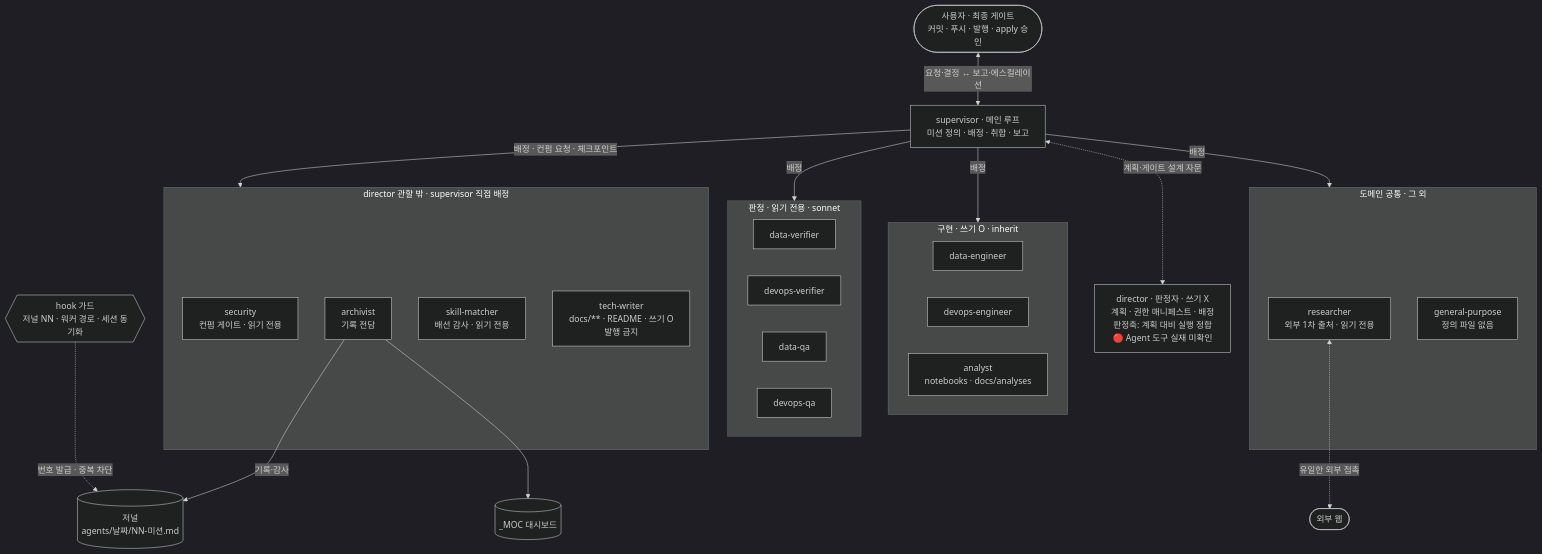
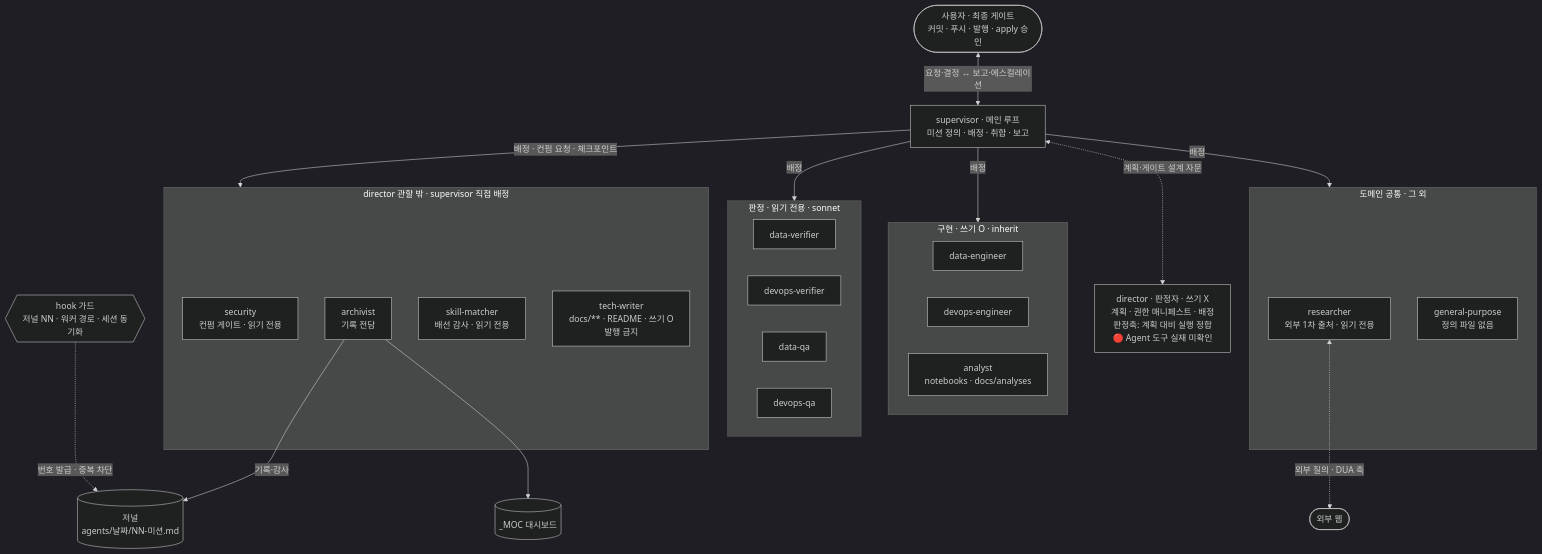
The diagram in docs/conventions/agents.md (Melting-Face/dagster-study), drawn with Mermaid (dark theme) before and after one commit. The commit also changed other lines of this file and 13 other files, not shown here.

````diff
--- a/docs/conventions/agents.md
+++ b/docs/conventions/agents.md
@@ -14,47 +14,47 @@
 ```mermaid
 flowchart TB
     U(["사용자 · 최종 게이트<br/>커밋 · 푸시 · 발행 · apply 승인"])
     SUP["supervisor · 메인 루프<br/>미션 정의 · 배정 · 취합 · 보고"]
     DIR["director · 판정자 · 쓰기 X<br/>계획 · 권한 매니페스트 · 배정<br/>판정축: 계획 대비 실행 정합<br/>🔴 Agent 도구 실재 미확인"]
 
     subgraph impl["구현 · 쓰기 O · inherit"]
         DE["data-engineer"]
         OE["devops-engineer"]
         AN["analyst<br/>notebooks · docs/analyses"]
     end
 
     subgraph judge["판정 · 읽기 전용 · sonnet"]
         DV["data-verifier"]
         OV["devops-verifier"]
         DQ["data-qa"]
         OQ["devops-qa"]
     end
 
     subgraph outside["director 관할 밖 · supervisor 직접 배정"]
         SEC["security<br/>컨펌 게이트 · 읽기 전용"]
         ARC["archivist<br/>기록 전담"]
         SKM["skill-matcher<br/>배선 감사 · 읽기 전용"]
         TW["tech-writer<br/>docs/** · README · 쓰기 O<br/>발행 금지"]
     end
 
     subgraph common["도메인 공통 · 그 외"]
         RES["researcher<br/>외부 1차 출처 · 읽기 전용"]
         GP["general-purpose<br/>정의 파일 없음"]
     end
 
     WEB(["외부 웹"])
     JR[("저널<br/>agents/날짜/NN-미션.md")]
     MOC[("_MOC 대시보드")]
     HOOK{{"hook 가드<br/>저널 NN · 워커 경로 · 세션 동기화"}}
 
     U <-->|"요청·결정 ↔ 보고·에스컬레이션"| SUP
     SUP -->|배정| impl
     SUP -->|배정| judge
     SUP -->|"배정 · 컨펌 요청 · 체크포인트"| outside
     SUP -->|배정| common
     SUP <-.->|"계획·게이트 설계 자문"| DIR
-    RES <-.->|"유일한 외부 접촉"| WEB
+    RES <-.->|"외부 질의 · DUA 축"| WEB
     ARC -->|기록·감사| JR
     ARC --> MOC
     HOOK -.->|"번호 발급 · 중복 차단"| JR
 ```
````
